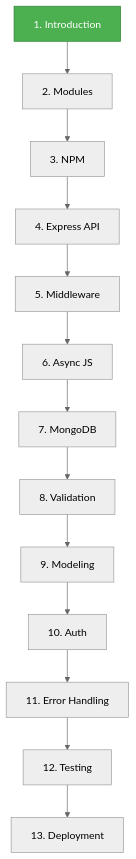
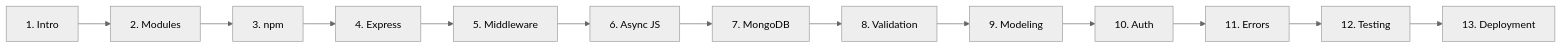
One commit to VIVES-Zuid/node changed the diagram in README.md. Above: the diagram before and after it, drawn with Mermaid (neutral theme). The commit also changed other lines of this file and 1 other file, not shown here.

````diff
--- a/README.md
+++ b/README.md
@@ -339,16 +187,7 @@
 ```mermaid
-graph TD
-    A[1. Introduction] --> B[2. Modules]
-    B --> C[3. NPM]
-    C --> D[4. Express API]
-    D --> E[5. Middleware]
-    E --> F[6. Async JS]
-    F --> G[7. MongoDB]
-    G --> H[8. Validation]
-    H --> I[9. Modeling]
-    I --> J[10. Auth]
-    J --> K[11. Error Handling]
-    K --> L[12. Testing]
-    L --> M[13. Deployment]
-    style A fill:#4caf50,stroke:#2e7d32,color:#fff
+graph LR
+    A[1. Intro] --> B[2. Modules] --> C[3. npm] --> D[4. Express]
+    D --> E[5. Middleware] --> F[6. Async JS] --> G[7. MongoDB]
+    G --> H[8. Validation] --> I[9. Modeling] --> J[10. Auth]
+    J --> K[11. Errors] --> L[12. Testing] --> M[13. Deployment]
 ```
````
